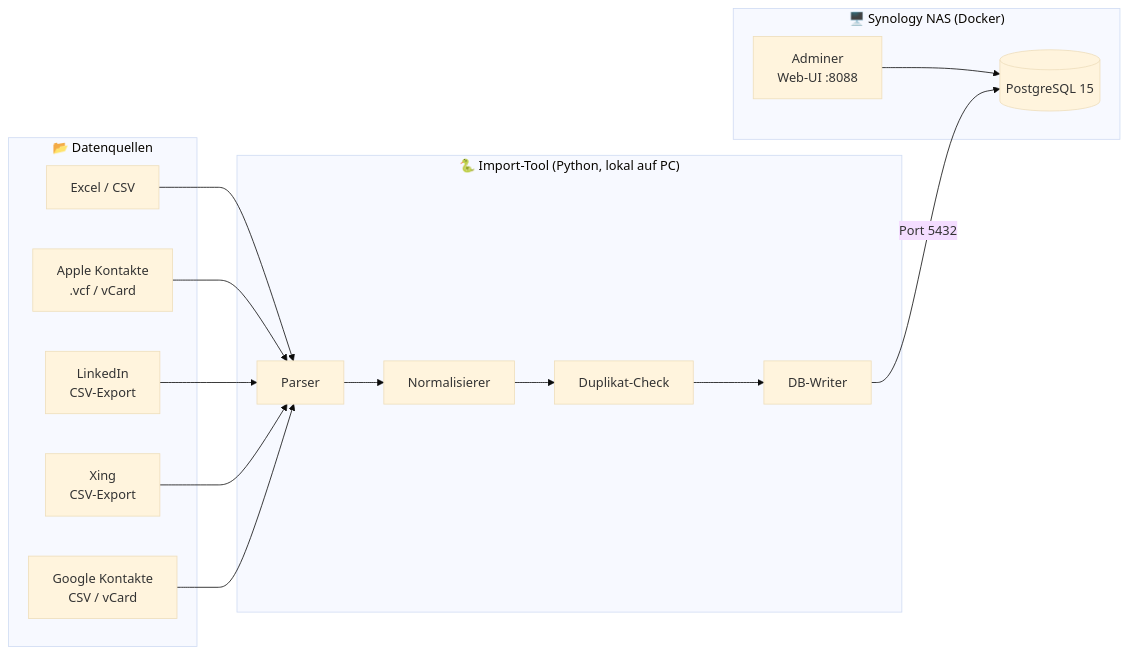
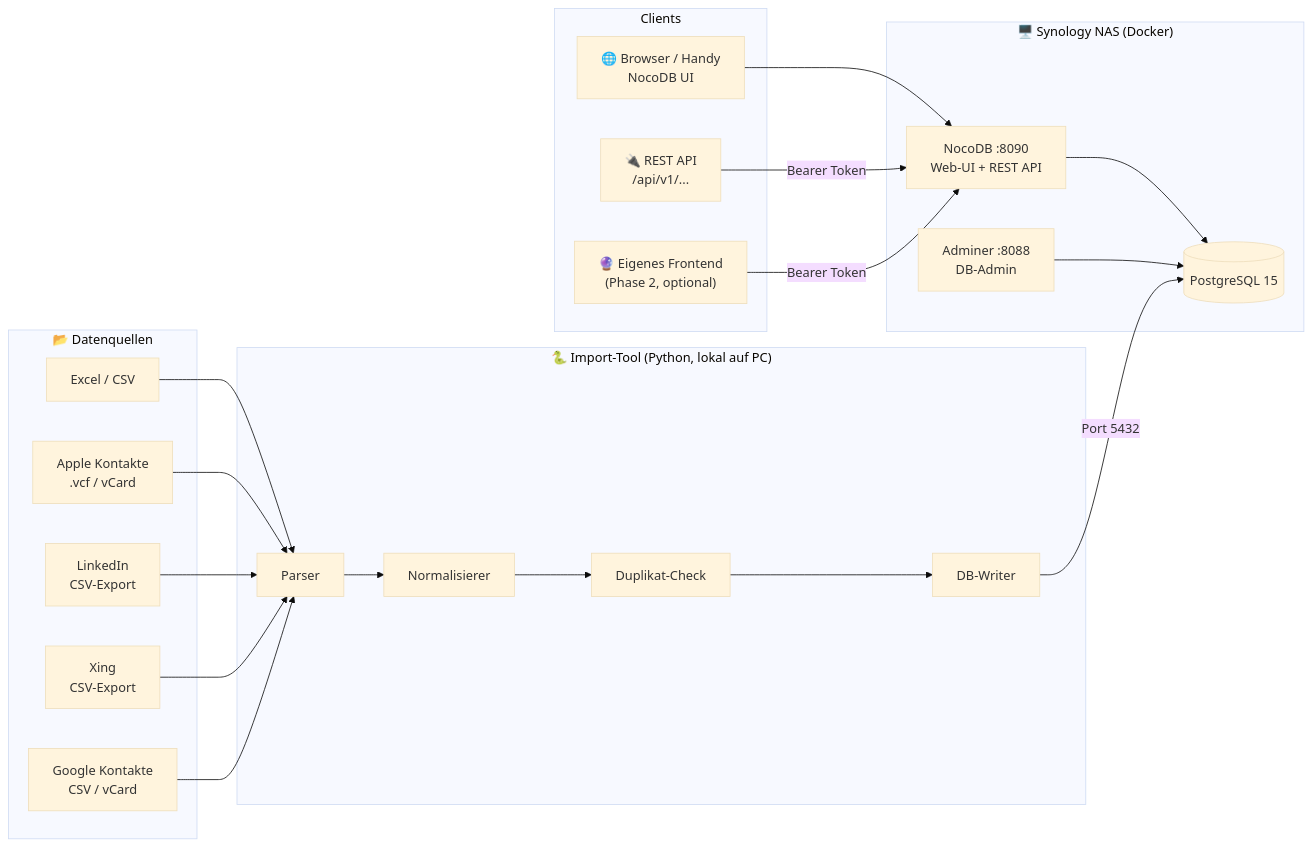
Before and after one commit to NilsBauch/ZentraleSQLKontaktdatenbank: the diagram in architektur/00_systemuebersicht.md, drawn with Mermaid (base theme). The commit also changed 2 other files, not shown here.

Commit message:
API und UI

````diff
--- a/architektur/00_systemuebersicht.md
+++ b/architektur/00_systemuebersicht.md
@@ -15,27 +15,37 @@
 ```mermaid
 graph LR
     subgraph Quellen["📂 Datenquellen"]
         Q1[Excel / CSV]
         Q2[Apple Kontakte\n.vcf / vCard]
         Q3[LinkedIn\nCSV-Export]
         Q4[Xing\nCSV-Export]
         Q5[Google Kontakte\nCSV / vCard]
     end
 
     subgraph Pipeline["🐍 Import-Tool (Python, lokal auf PC)"]
         P1[Parser]
         P2[Normalisierer]
         P3[Duplikat-Check]
         P4[DB-Writer]
         P1 --> P2 --> P3 --> P4
     end
 
     subgraph NAS["🖥️ Synology NAS (Docker)"]
         DB[(PostgreSQL 15)]
-        UI[Adminer\nWeb-UI :8088]
-        UI --> DB
+        NOCODB["NocoDB :8090\nWeb-UI + REST API"]
+        ADMINER["Adminer :8088\nDB-Admin"]
+        NOCODB --> DB
+        ADMINER --> DB
+    end
+
+    subgraph Clients["Clients"]
+        BROWSER["🌐 Browser / Handy\nNocoDB UI"]
+        RESTAPI["🔌 REST API\n/api/v1/..."]
+        FUTURE["🔮 Eigenes Frontend\n(Phase 2, optional)"]
     end
 
     Q1 & Q2 & Q3 & Q4 & Q5 --> P1
     P4 -->|Port 5432| DB
+    BROWSER --> NOCODB
+    RESTAPI & FUTURE -->|Bearer Token| NOCODB
 ```
````
